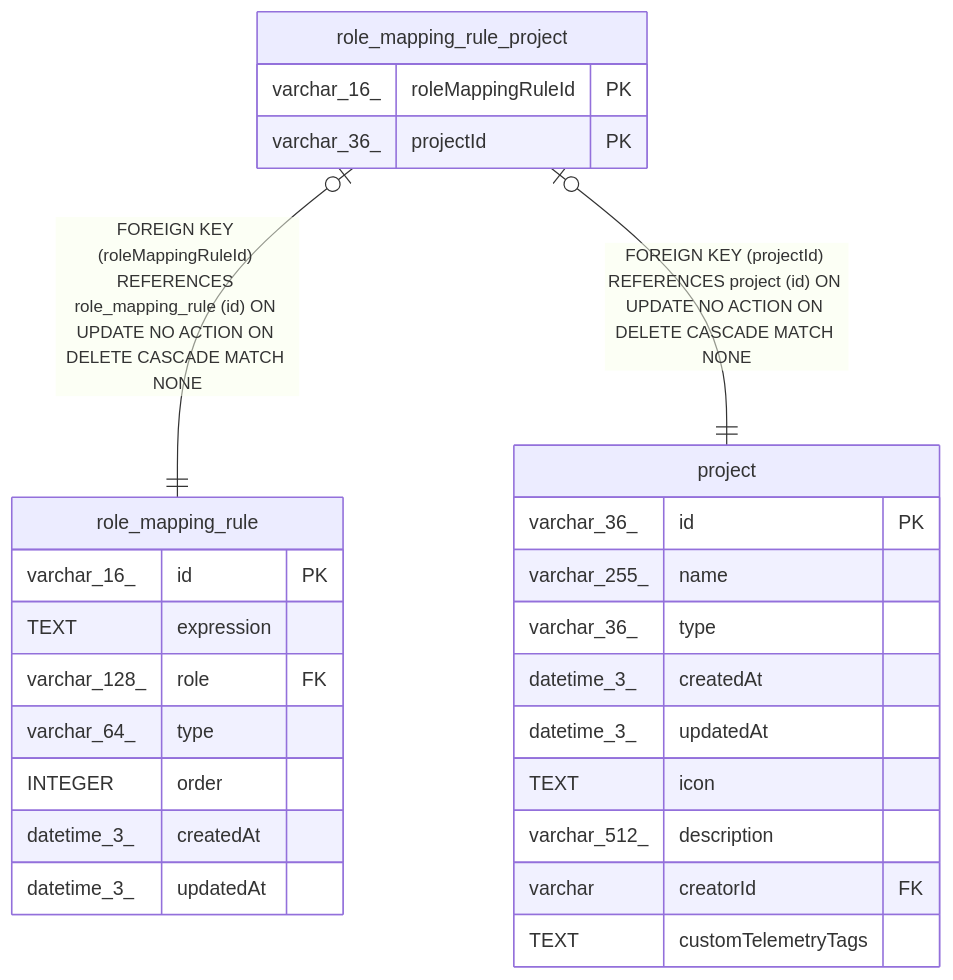
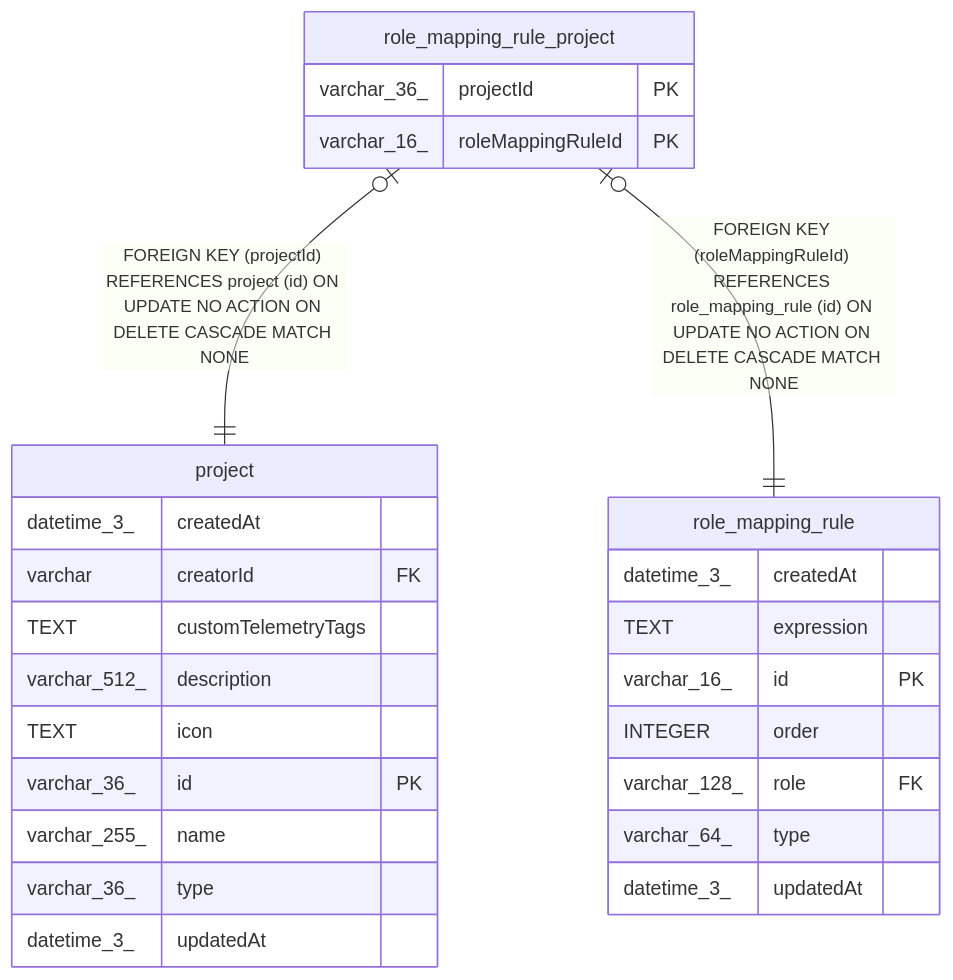
One commit to mayankjain1815-commits/n8n changed the diagram in docs/generated/sqlite-schema/role_mapping_rule_project.md. Above: the diagram before and after it, drawn with Mermaid. The commit also changed other lines of this file and 221 other files, not shown here.

Commit message:
chore(core): Make DB schema docs generation deterministic (#32373)

````diff
--- a/docs/generated/sqlite-schema/role_mapping_rule_project.md
+++ b/docs/generated/sqlite-schema/role_mapping_rule_project.md
@@ -40,31 +40,31 @@
 ```mermaid
 erDiagram
 
+"role_mapping_rule_project" |o--|| "project" : "FOREIGN KEY (projectId) REFERENCES project (id) ON UPDATE NO ACTION ON DELETE CASCADE MATCH NONE"
 "role_mapping_rule_project" |o--|| "role_mapping_rule" : "FOREIGN KEY (roleMappingRuleId) REFERENCES role_mapping_rule (id) ON UPDATE NO ACTION ON DELETE CASCADE MATCH NONE"
-"role_mapping_rule_project" |o--|| "project" : "FOREIGN KEY (projectId) REFERENCES project (id) ON UPDATE NO ACTION ON DELETE CASCADE MATCH NONE"
 
 "role_mapping_rule_project" {
+  varchar_36_ projectId PK
   varchar_16_ roleMappingRuleId PK
-  varchar_36_ projectId PK
-}
-"role_mapping_rule" {
-  varchar_16_ id PK
-  TEXT expression
-  varchar_128_ role FK
-  varchar_64_ type
-  INTEGER order
-  datetime_3_ createdAt
-  datetime_3_ updatedAt
 }
 "project" {
+  datetime_3_ createdAt
+  varchar creatorId FK
+  TEXT customTelemetryTags
+  varchar_512_ description
+  TEXT icon
   varchar_36_ id PK
   varchar_255_ name
   varchar_36_ type
+  datetime_3_ updatedAt
+}
+"role_mapping_rule" {
   datetime_3_ createdAt
+  TEXT expression
+  varchar_16_ id PK
+  INTEGER order
+  varchar_128_ role FK
+  varchar_64_ type
   datetime_3_ updatedAt
-  TEXT icon
-  varchar_512_ description
-  varchar creatorId FK
-  TEXT customTelemetryTags
 }
 ```
````
